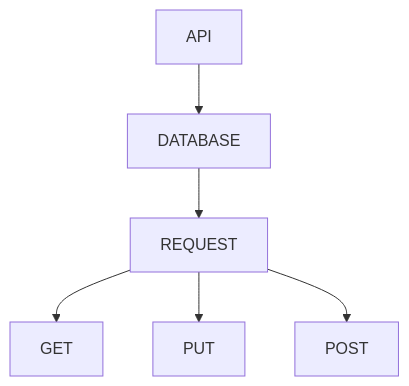
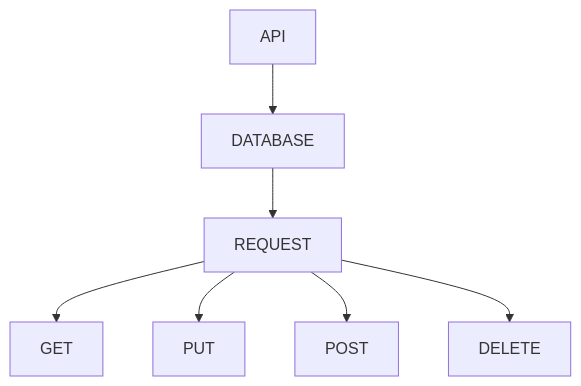
Before and after one commit to antomacri/Ingenias_tp2: the diagram in documentacion.md, drawn with Mermaid. The commit also changed other lines of this file and 47 other files, not shown here.

````diff
--- a/documentacion.md
+++ b/documentacion.md
@@ -158,11 +194,12 @@
 ```mermaid
 graph TD;
     API-->DATABASE;
     DATABASE-->REQUEST;
     REQUEST-->GET;
     REQUEST-->PUT;
     REQUEST-->POST;
+    REQUEST-->DELETE;
 
 
 
 ```
````
